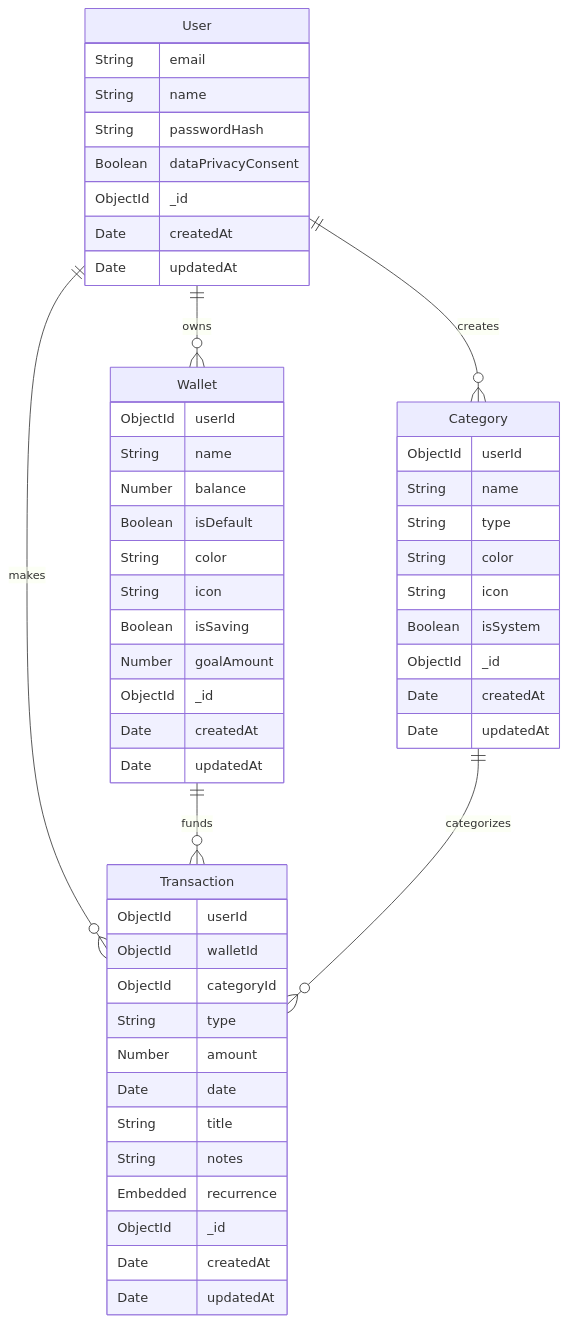
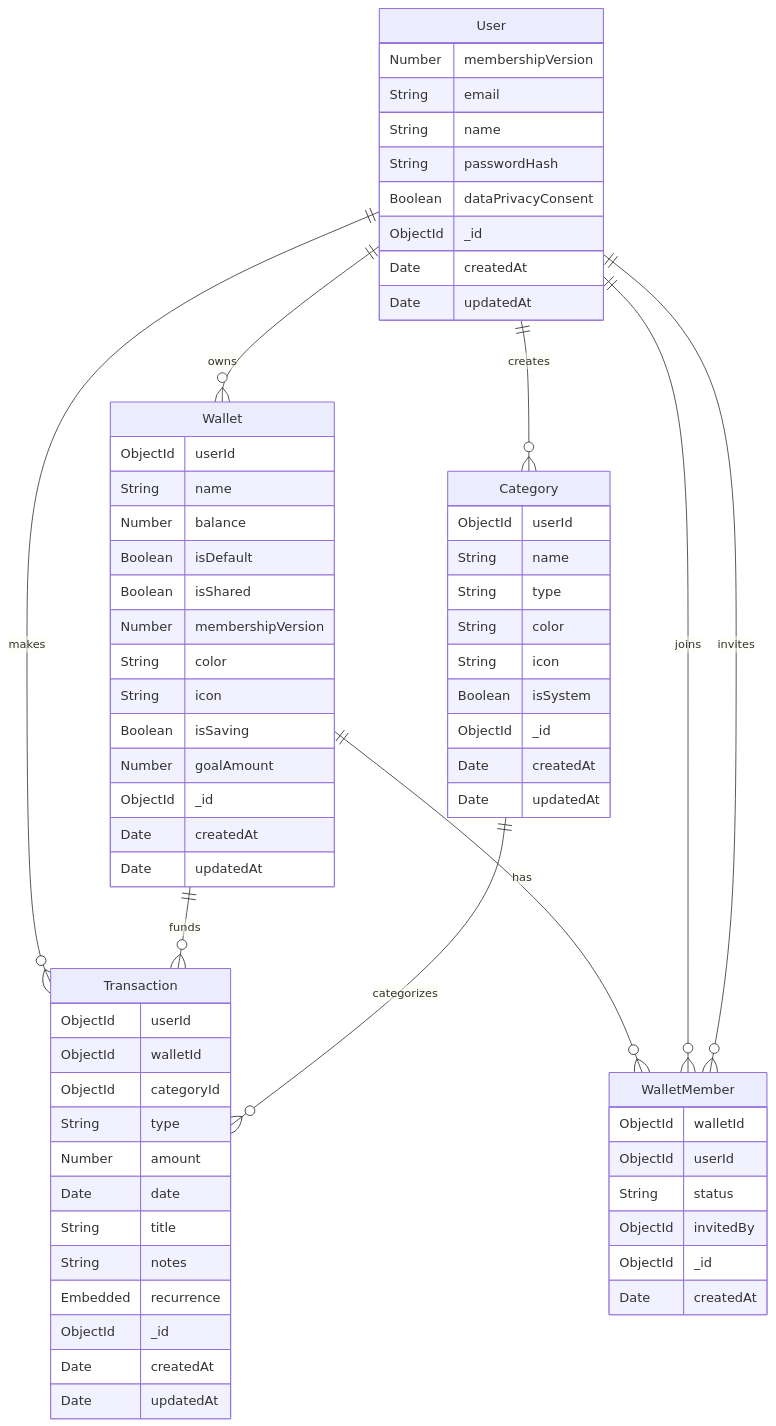
The diagram in docs/ERD.md (ComBiao/FinLover), drawn with Mermaid before and after one commit. The commit also changed 49 other files, not shown here.

Commit message:
feat: add shared wallet foundation and invitation APIs

````diff
--- a/docs/ERD.md
+++ b/docs/ERD.md
@@ -3,60 +3,76 @@
 ```mermaid
 erDiagram
   User ||--o{ Wallet : "owns"
   User ||--o{ Category : "creates"
   User ||--o{ Transaction : "makes"
   Wallet ||--o{ Transaction : "funds"
   Category ||--o{ Transaction : "categorizes"
 
+  Wallet ||--o{ WalletMember : "has"
+  User ||--o{ WalletMember : "joins"
+  User ||--o{ WalletMember : "invites"
+
+  WalletMember {
+    ObjectId walletId
+    ObjectId userId
+    String status
+    ObjectId invitedBy
+    ObjectId _id
+    Date createdAt
+  }
+
   User {
+    Number membershipVersion
     String email
     String name
     String passwordHash
     Boolean dataPrivacyConsent
     ObjectId _id
     Date createdAt
     Date updatedAt
   }
 
   Wallet {
     ObjectId userId
     String name
     Number balance
     Boolean isDefault
+    Boolean isShared
+    Number membershipVersion
     String color
     String icon
     Boolean isSaving
     Number goalAmount
     ObjectId _id
     Date createdAt
     Date updatedAt
   }
 
   Category {
     ObjectId userId
     String name
     String type
     String color
     String icon
     Boolean isSystem
     ObjectId _id
     Date createdAt
     Date updatedAt
   }
 
   Transaction {
     ObjectId userId
     ObjectId walletId
     ObjectId categoryId
     String type
     Number amount
     Date date
     String title
     String notes
     Embedded recurrence
     ObjectId _id
     Date createdAt
     Date updatedAt
   }
 
 ```
````
